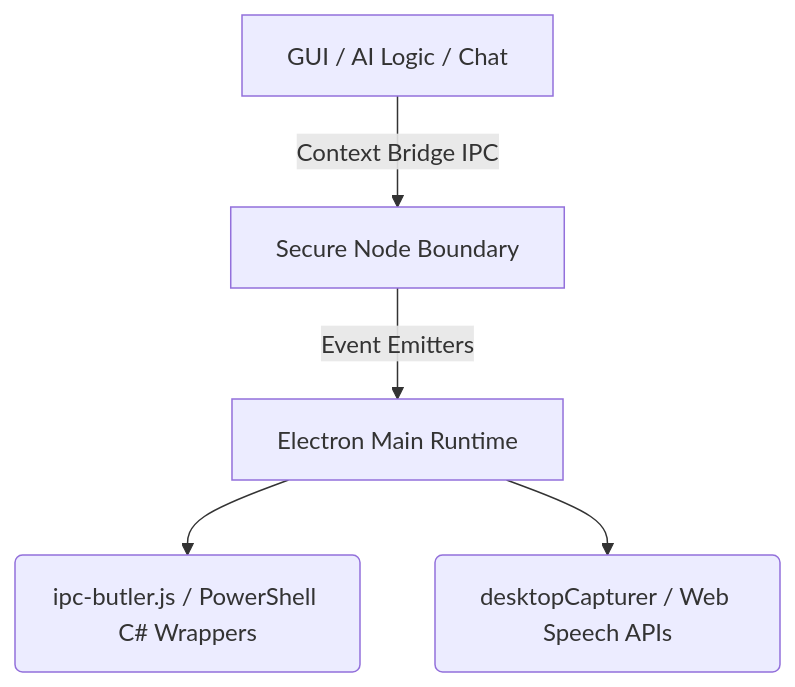
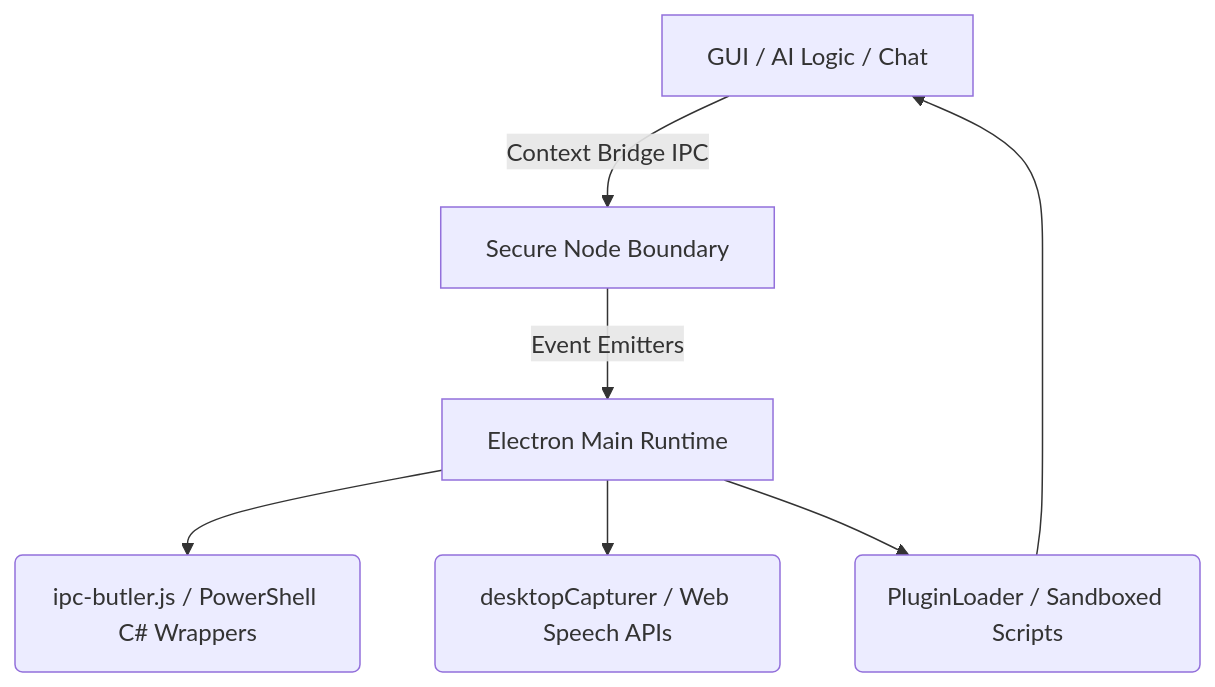
Before and after one commit to Beardicuss/Softcurse-HEX: the diagram in README.md, drawn with Mermaid. The commit also changed other lines of this file and 18 other files, not shown here.

````diff
--- a/README.md
+++ b/README.md
@@ -82,7 +83,9 @@
 ```mermaid
 graph TD;
     Renderer[GUI / AI Logic / Chat] -->|Context Bridge IPC| Preload[Secure Node Boundary]
     Preload -->|Event Emitters| Main[Electron Main Runtime]
     Main --> Butler(ipc-butler.js / PowerShell C# Wrappers)
     Main --> Hardware(desktopCapturer / Web Speech APIs)
+    Main --> Plugins(PluginLoader / Sandboxed Scripts)
+    Plugins --> Renderer
 ```
````
